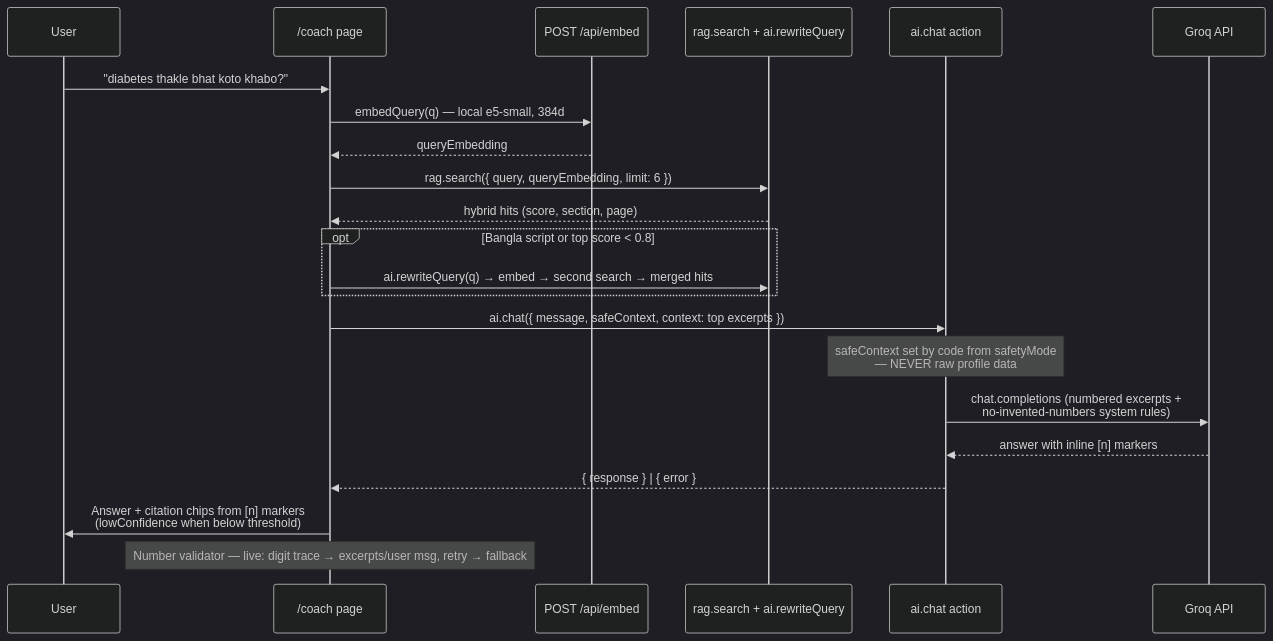
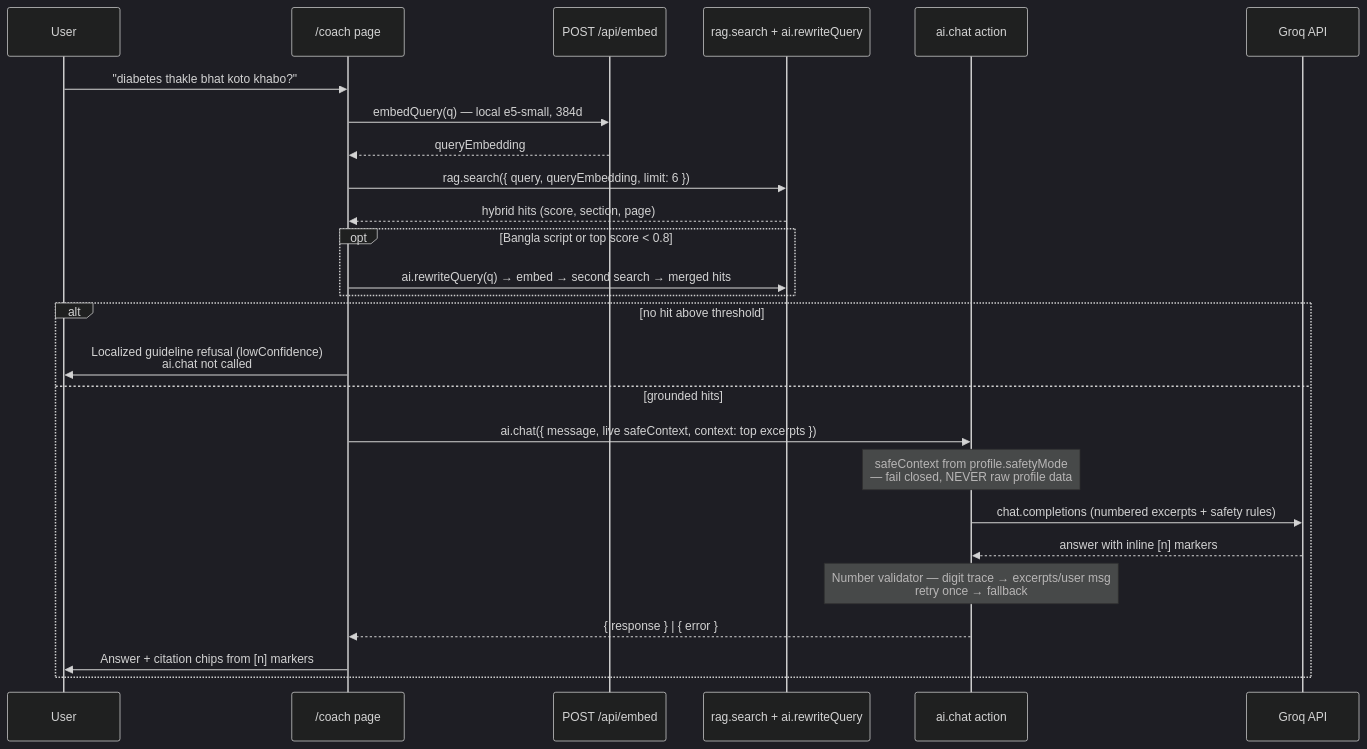
Diagram 11 of 14 in docs/DIAGRAMS.md (Moballig/habitforge), drawn with Mermaid (dark theme) before and after one commit. The commit also changed other lines of this file and 16 other files, not shown here.

````diff
--- a/docs/DIAGRAMS.md
+++ b/docs/DIAGRAMS.md
@@ -414,25 +414,29 @@
 ```mermaid
 sequenceDiagram
     participant U as User
     participant UI as /coach page
     participant EM as POST /api/embed
     participant R as rag.search + ai.rewriteQuery
     participant A as ai.chat action
     participant G as Groq API
 
     U->>UI: "diabetes thakle bhat koto khabo?"
     UI->>EM: embedQuery(q) — local e5-small, 384d
     EM-->>UI: queryEmbedding
     UI->>R: rag.search({ query, queryEmbedding, limit: 6 })
     R-->>UI: hybrid hits (score, section, page)
     opt Bangla script or top score < 0.8
         UI->>R: ai.rewriteQuery(q) → embed → second search → merged hits
     end
-    UI->>A: ai.chat({ message, safeContext, context: top excerpts })
-    Note over A: safeContext set by code from safetyMode<br/>— NEVER raw profile data
-    A->>G: chat.completions (numbered excerpts +<br/>no-invented-numbers system rules)
-    G-->>A: answer with inline [n] markers
-    A-->>UI: { response } | { error }
-    UI->>U: Answer + citation chips from [n] markers<br/>(lowConfidence when below threshold)
-    Note over UI: Number validator — live: digit trace → excerpts/user msg, retry → fallback
+    alt no hit above threshold
+        UI->>U: Localized guideline refusal (lowConfidence)<br/>ai.chat not called
+    else grounded hits
+        UI->>A: ai.chat({ message, live safeContext, context: top excerpts })
+        Note over A: safeContext from profile.safetyMode<br/>— fail closed, NEVER raw profile data
+        A->>G: chat.completions (numbered excerpts + safety rules)
+        G-->>A: answer with inline [n] markers
+        Note over A: Number validator — digit trace → excerpts/user msg<br/>retry once → fallback
+        A-->>UI: { response } | { error }
+        UI->>U: Answer + citation chips from [n] markers
+    end
 ```
````
